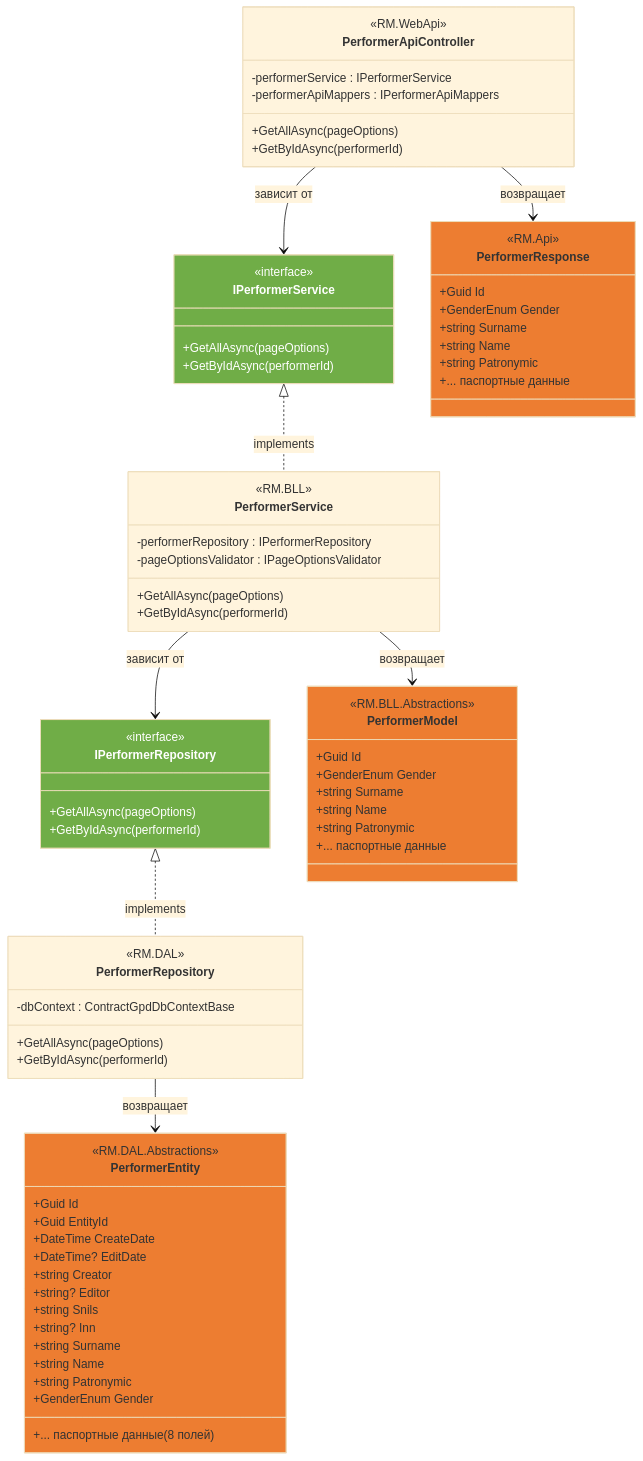
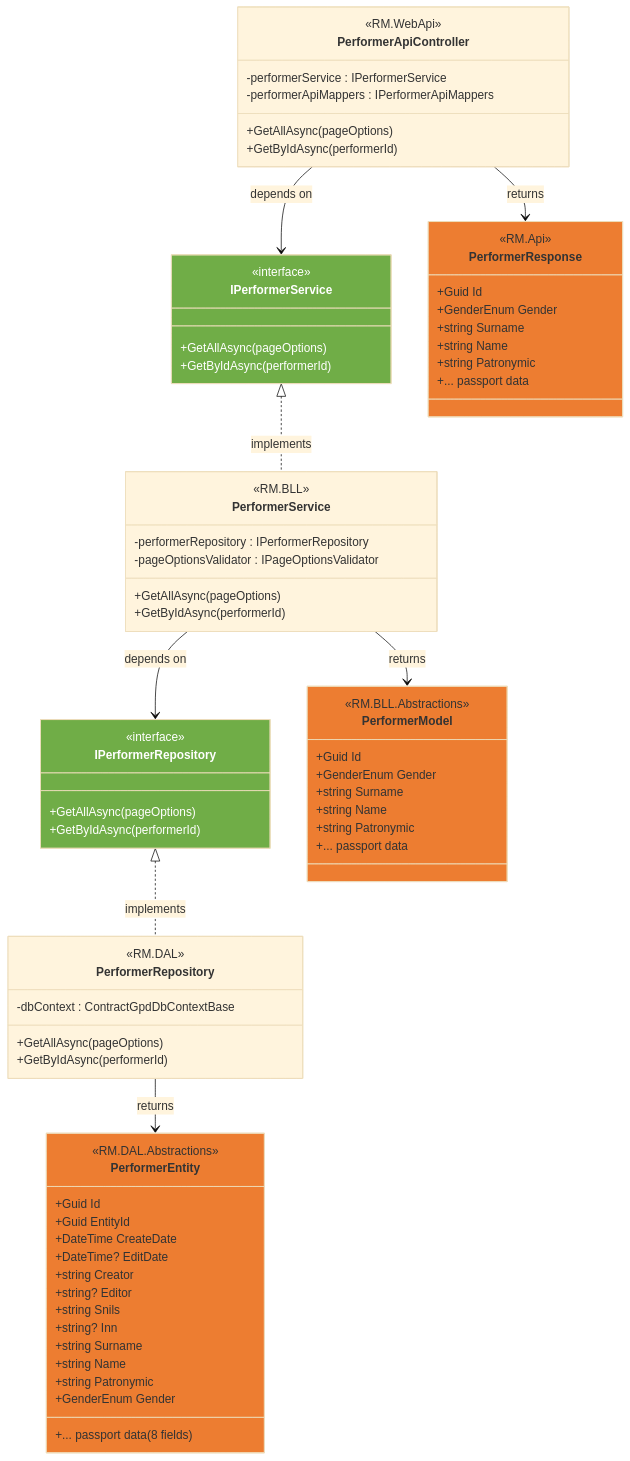
The fourth of 6 diagrams in README.md (AntonSukhov/RmWebApi), drawn with Mermaid (base theme) before and after one commit. The commit also changed other lines of this file, not shown here.

```diff
--- a/README.md
+++ b/README.md
@@ -210,7 +208,7 @@
         +string Name
         +string Patronymic
         +GenderEnum Gender
-        +... паспортные данные (8 полей)
+        +... passport data (8 fields)
     }
 
     class IPerformerService {
@@ -233,7 +231,7 @@
         +string Surname
         +string Name
         +string Patronymic
-        +... паспортные данные
+        +... passport data
     }
 
     class PerformerApiController {
@@ -250,16 +248,16 @@
         +string Surname
         +string Name
         +string Patronymic
-        +... паспортные данные
+        +... passport data
     }
 
     IPerformerRepository <|.. PerformerRepository : implements
     IPerformerService <|.. PerformerService : implements
-    PerformerRepository --> PerformerEntity : возвращает
-    PerformerService --> IPerformerRepository : зависит от
-    PerformerService --> PerformerModel : возвращает
-    PerformerApiController --> IPerformerService : зависит от
-    PerformerApiController --> PerformerResponse : возвращает
+    PerformerRepository --> PerformerEntity : returns
+    PerformerService --> IPerformerRepository : depends on
+    PerformerService --> PerformerModel : returns
+    PerformerApiController --> IPerformerService : depends on
+    PerformerApiController --> PerformerResponse : returns
 
     style IPerformerRepository fill:#70ad47,color:#fff
     style IPerformerService fill:#70ad47,color:#fff
```
